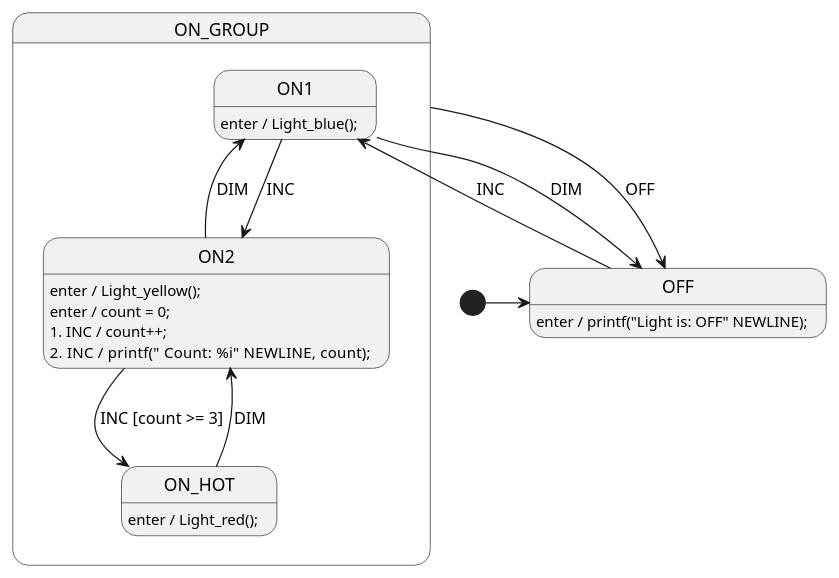
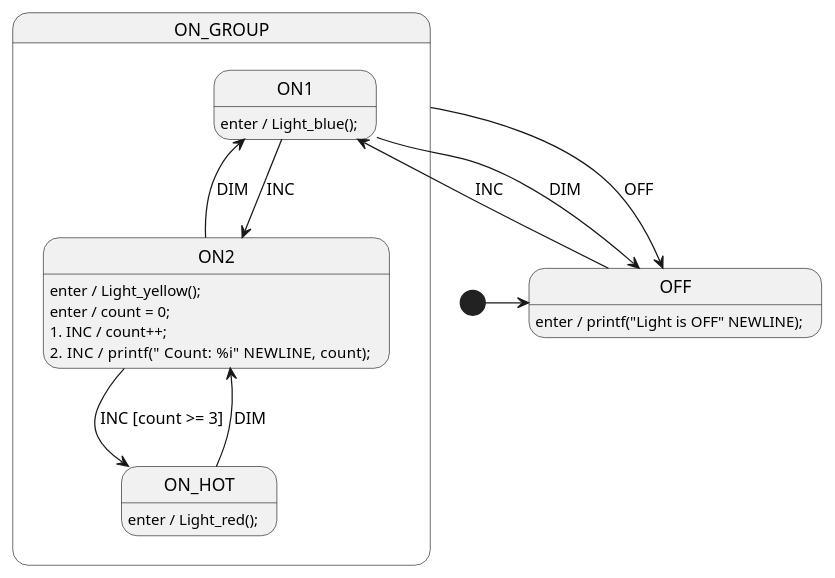
The diagram in lesson-4/c99-gcc/LightSm.plantuml (StateSmith/tutorial-3), drawn with PlantUML before and after one commit. The commit also changed 2 other files, not shown here.

```diff
--- a/lesson-4/c99-gcc/LightSm.plantuml
+++ b/lesson-4/c99-gcc/LightSm.plantuml
@@ -1,72 +1,72 @@
 @startuml LightSm
 
 
 ' //////////////////////// STATE ORGANIZATION ///////////////////////
 ' Note: StateSmith treats state names and events as case insensitive.
 ' More info: https://github.com/StateSmith/StateSmith/wiki/PlantUML
 
 state OFF
 state ON_GROUP {
     state ON1
     state ON2
     state ON_HOT
 }
 
 [*] -> OFF
 
 ' ///////////////////////// STATE HANDLERS /////////////////////////
 ' Syntax: https://github.com/StateSmith/StateSmith/wiki/Behaviors
 
-OFF: enter / printf("Light is: OFF" NEWLINE);
+OFF: enter / printf("Light is OFF" NEWLINE);
 OFF --> ON1: INC
 
 ON_GROUP --> OFF : OFF
 
 ON1: enter / Light_blue();
 ON1 --> ON2: INC
 ON1 --> OFF: DIM
 
 ON2: enter / Light_yellow();
 ON2: enter / count = 0;
 ON2: 1. INC / count++;
 ON2: 2. INC / printf("    Count: %i" NEWLINE, count);
 ON2 --> ON_HOT: INC [count >= 3]
 ON2 --> ON1: DIM
 
 ON_HOT: enter / Light_red();
 ON_HOT --> ON2: DIM
 
 
 ' //////////////////////// StateSmith config ////////////////////////
 ' The below special comment block sets the StateSmith configuration.
 ' More info: https://github.com/StateSmith/StateSmith/issues/335
 
 /'! $CONFIG : toml
 [SmRunnerSettings]
 transpilerId = "C99"
 
 [RenderConfig]
 FileTop = """
     // Whatever you put in this `FileTop` section will end up 
     // being printed at the top of every generated code file.
     """
 AutoExpandedVars = """
     uint16_t count; // this var can be referenced in diagram
     """
 
 [RenderConfig.C]
 HFileIncludes = """
     // any additional includes you want in the header file
     """
 CFileIncludes = """
     #include <stdio.h> // user include. required for printf.
     #include "Light.h" // user include. required for Light_* functions.
     """
 CFileTop = """
     #define NEWLINE "\\n" // For StateSmith PlantUML issue https://github.com/StateSmith/StateSmith/issues/369
     """
 
 # Tell GCC to pack the enum to save some RAM
 CEnumDeclarer = "typedef enum __attribute__ ((packed)) {enumName}"
 '/
 @enduml
```
